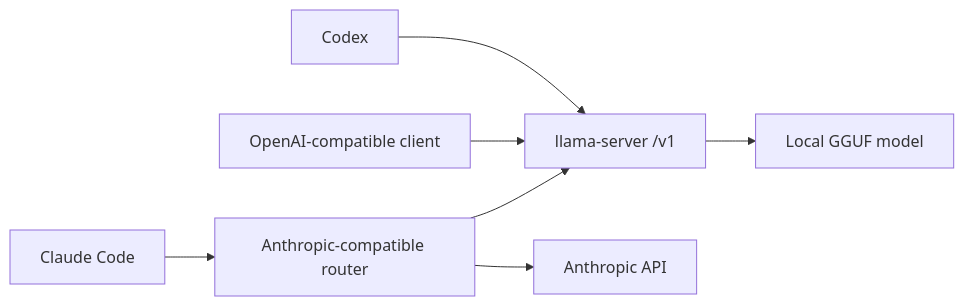
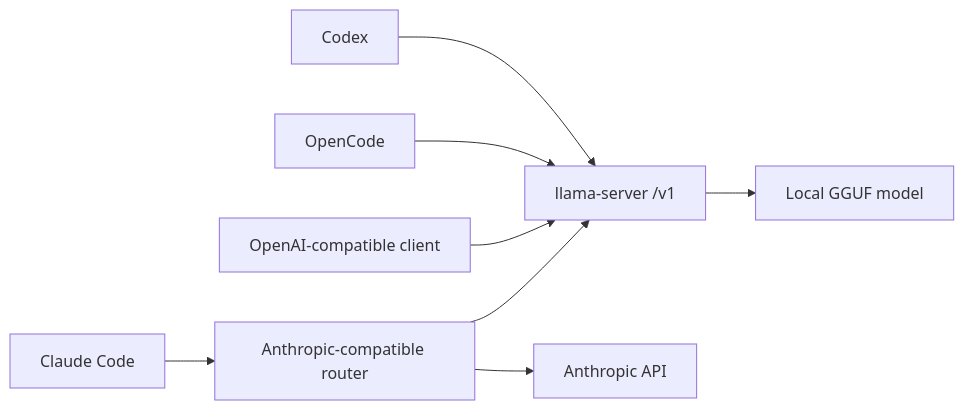
One commit to Jonathhhan/ofxGgmlLlama changed the diagram in docs/LOCAL_AGENT_ROUTING.md. Above: the diagram before and after it, drawn with Mermaid. The commit also changed other lines of this file and 9 other files, not shown here.

Commit message:
Add local OpenCode planning support

````diff
--- a/docs/LOCAL_AGENT_ROUTING.md
+++ b/docs/LOCAL_AGENT_ROUTING.md
@@ -40,9 +41,10 @@
 ```mermaid
 flowchart LR
     Codex["Codex"] --> OpenAIEndpoint["llama-server /v1"]
+    OpenCode["OpenCode"] --> OpenAIEndpoint
     Copilot["OpenAI-compatible client"] --> OpenAIEndpoint
     Claude["Claude Code"] --> Router["Anthropic-compatible router"]
     Router --> Anthropic["Anthropic API"]
     Router --> OpenAIEndpoint
     OpenAIEndpoint --> GGUF["Local GGUF model"]
 ```
````
